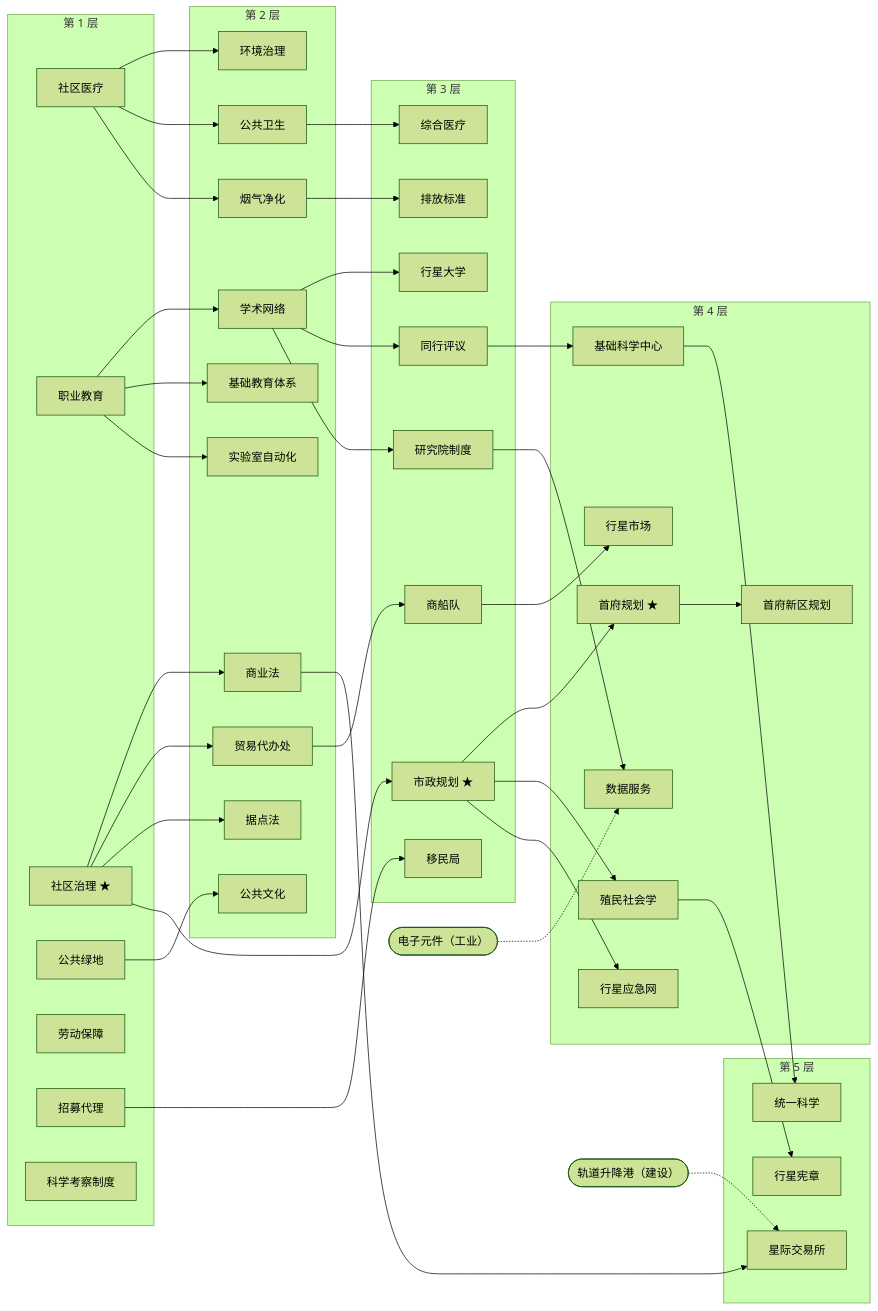
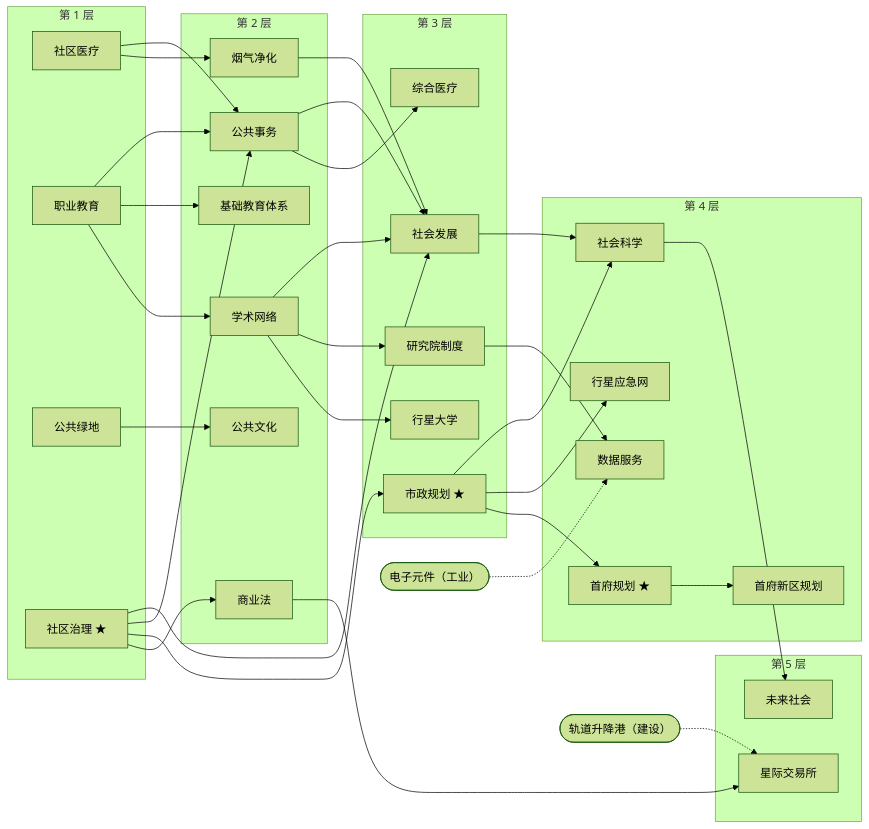
Before and after one commit to Konstantiy1453/brave-new-world: the fourth of 4 diagrams in docs/v17/TECH_TREE.md, drawn with Mermaid (forest theme). The commit also changed other lines of this file and 23 other files, not shown here.

````diff
--- a/docs/v17/TECH_TREE.md
+++ b/docs/v17/TECH_TREE.md
@@ -360,80 +288,63 @@
 ```mermaid
 flowchart LR
   subgraph T1["第 1 层"]
     medicine["社区医疗"]
     education["职业教育"]
-    community_admin["社区治理 ★"]
     green_spaces["公共绿地"]
-    labour_law["劳动保障"]
-    recruit_agency["招募代理"]
-    field_notes["科学考察制度"]
+    society_1_merged["社区治理 ★"]
   end
   subgraph T2["第 2 层"]
     research_network["学术网络"]
-    remediation["环境治理"]
     school_system["基础教育体系"]
-    public_health["公共卫生"]
     commerce_law["商业法"]
     civic_culture["公共文化"]
-    trade_office["贸易代办处"]
-    settlement_law["据点法"]
-    lab_automation["实验室自动化"]
     scrubbing["烟气净化"]
+    society_2_merged["公共事务"]
   end
   subgraph T3["第 3 层"]
     university["行星大学"]
     hospital_care["综合医疗"]
     civic_planning["市政规划 ★"]
-    immigration_office["移民局"]
-    trade_fleet["商船队"]
-    scientific_method["同行评议"]
     research_institutes["研究院制度"]
-    emission_standards["排放标准"]
+    society_3_merged["社会发展"]
   end
   subgraph T4["第 4 层"]
     data_services["数据服务"]
     capital_planning["首府规划 ★"]
-    sociology["殖民社会学"]
-    planetary_market["行星市场"]
-    deep_research["基础科学中心"]
     capital_district["首府新区规划"]
     emergency_network["行星应急网"]
+    society_4_merged["社会科学"]
   end
   subgraph T5["第 5 层"]
-    charter_of_rights["行星宪章"]
-    unified_science["统一科学"]
     offworld_exchange["星际交易所"]
+    society_5_merged["未来社会"]
   end
   electronics(["电子元件（工业）"])
   lift_port(["轨道升降港（建设）"])
   education --> research_network
-  medicine --> remediation
   education --> school_system
-  medicine --> public_health
-  community_admin --> commerce_law
+  society_1_merged --> commerce_law
   green_spaces --> civic_culture
-  community_admin --> trade_office
-  community_admin --> settlement_law
-  education --> lab_automation
   medicine --> scrubbing
   research_network --> university
-  public_health --> hospital_care
-  community_admin --> civic_planning
-  recruit_agency --> immigration_office
-  trade_office --> trade_fleet
-  research_network --> scientific_method
+  society_2_merged --> hospital_care
+  society_1_merged --> civic_planning
   research_network --> research_institutes
-  scrubbing --> emission_standards
   research_institutes --> data_services
   electronics -.-> data_services
   civic_planning --> capital_planning
-  civic_planning --> sociology
-  trade_fleet --> planetary_market
-  scientific_method --> deep_research
-  sociology --> charter_of_rights
-  deep_research --> unified_science
   capital_planning --> capital_district
   lift_port -.-> offworld_exchange
   commerce_law --> offworld_exchange
   civic_planning --> emergency_network
+  medicine --> society_2_merged
+  society_1_merged --> society_2_merged
+  education --> society_2_merged
+  society_1_merged --> society_3_merged
+  society_2_merged --> society_3_merged
+  research_network --> society_3_merged
+  scrubbing --> society_3_merged
+  civic_planning --> society_4_merged
+  society_3_merged --> society_4_merged
+  society_4_merged --> society_5_merged
 ```
````
